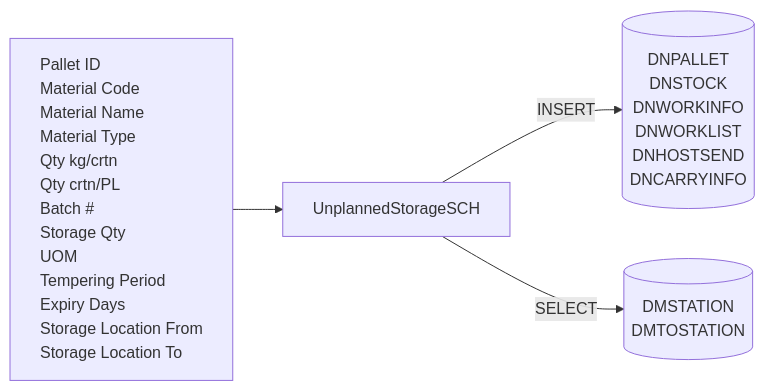
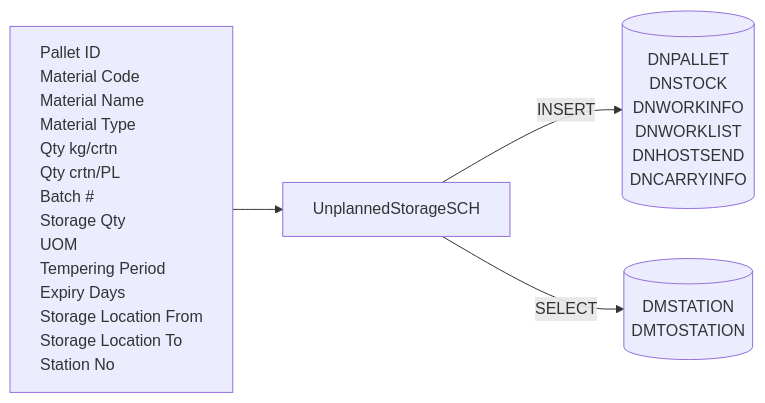
One commit to luthfiadityaa/SimeDarby-Wiki changed the first of 20 diagrams in Basic-Design/DFD-WMS/Storage/Unplanned-Storage/Unplanned-Storage-from-OP-Area.md. Above: the diagram before and after it, drawn with Mermaid.

Commit message:
Updated Unplanned Storage from OP Area

```diff
--- a/Basic-Design/DFD-WMS/Storage/Unplanned-Storage/Unplanned-Storage-from-OP-Area.md
+++ b/Basic-Design/DFD-WMS/Storage/Unplanned-Storage/Unplanned-Storage-from-OP-Area.md
@@ -19,41 +19,42 @@
 ::: mermaid
 flowchart LR
     input[
         Pallet ID
         Material Code
         Material Name
         Material Type
         Qty kg/crtn
         Qty crtn/PL
         Batch #
         Storage Qty
         UOM
         Tempering Period
         Expiry Days
         Storage Location From
-        Storage Location To        
+        Storage Location To 
+        Station No       
     ]
 
     tableList-insert[("
         DNPALLET
         DNSTOCK
         DNWORKINFO
         DNWORKLIST
         DNHOSTSEND
         DNCARRYINFO
     ")]
 
     tableList-select[("
         DMSTATION
         DMTOSTATION
     ")]
 
 
     className[UnplannedStorageSCH]
 
     input --> className --> |INSERT| tableList-insert
     className --> |SELECT| tableList-select
 
     classDef leftAlign text-align:left;
     class input leftAlign;
 :::
```
